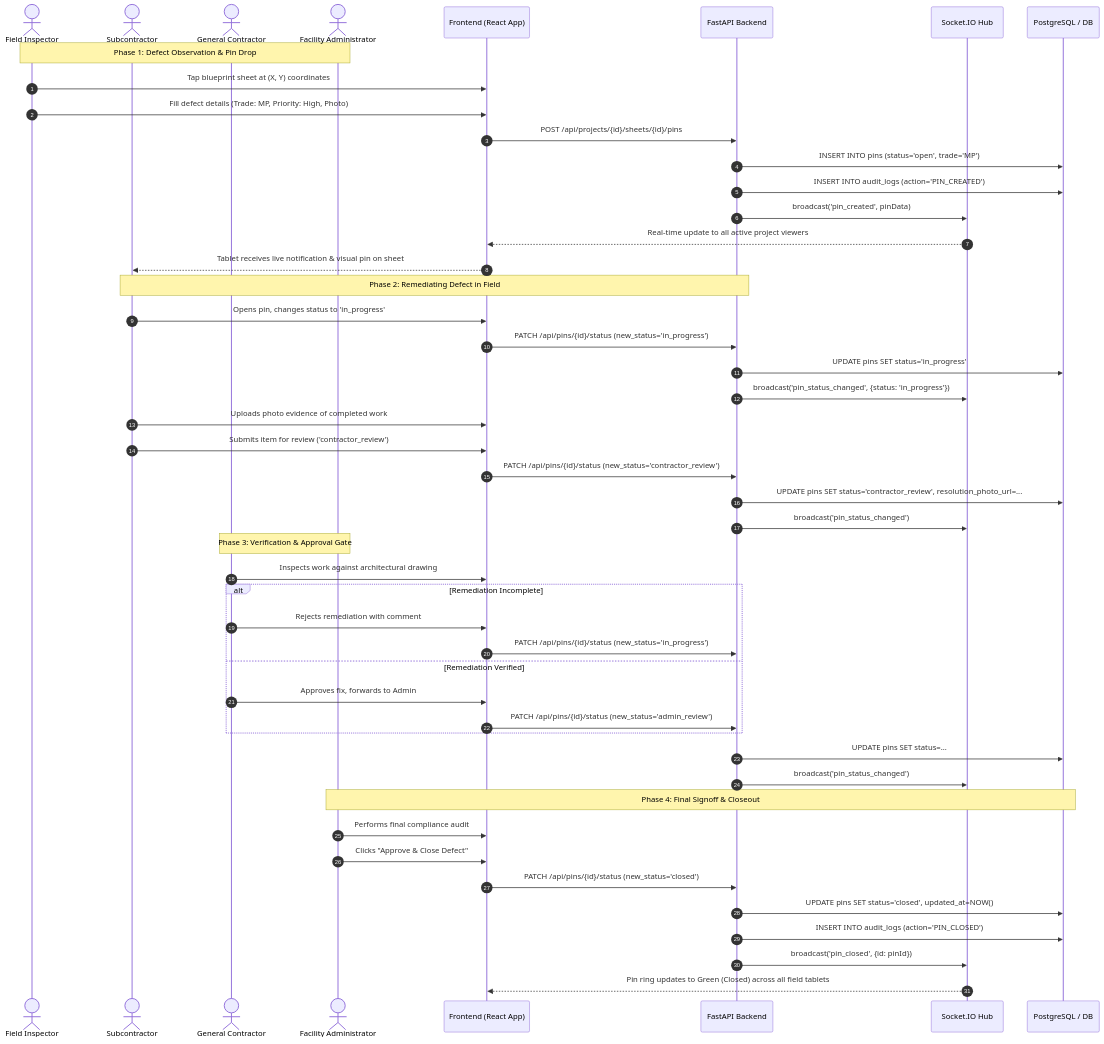
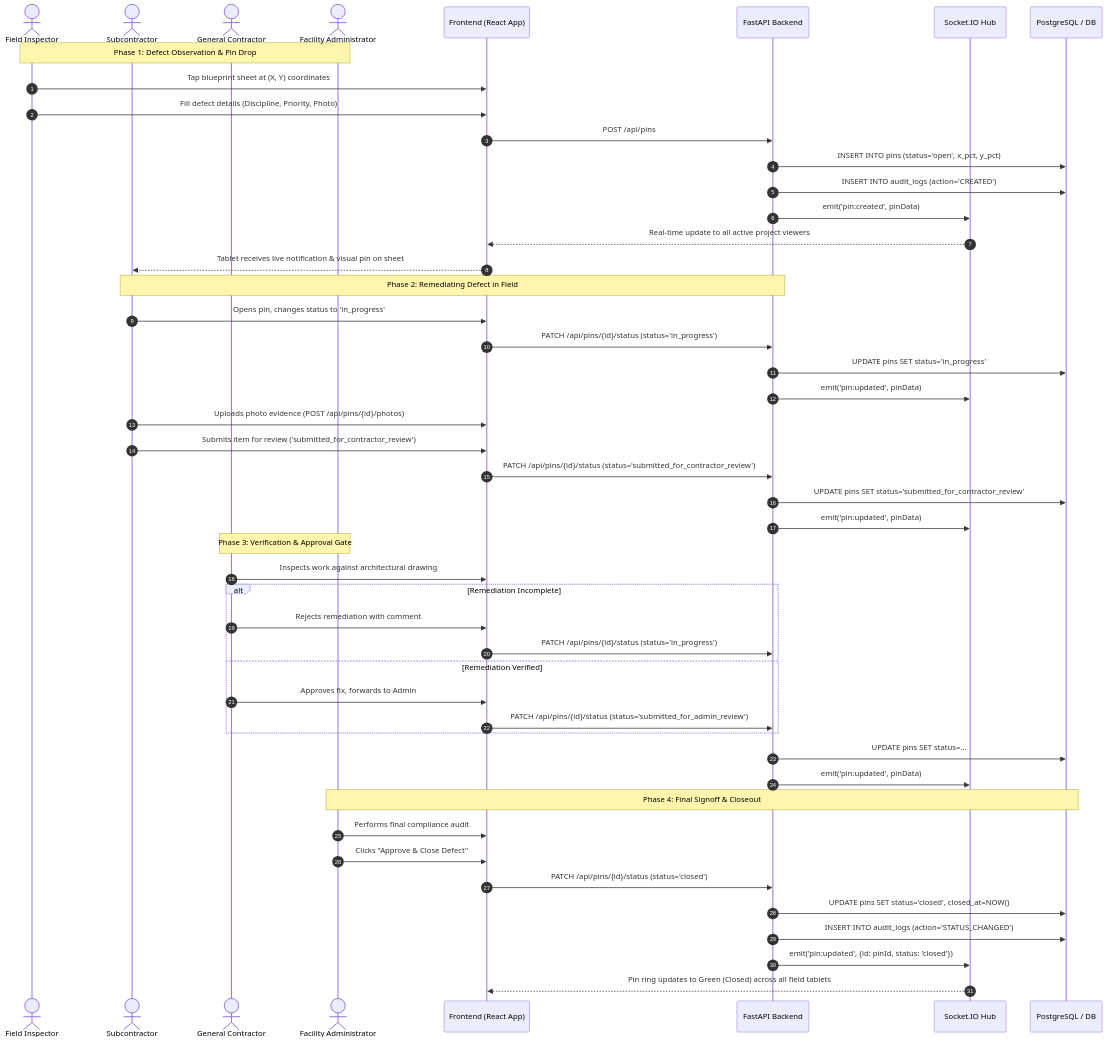
Before and after one commit to N-Rubiano/CMSC-447-Project: the second of 5 diagrams in README.md, drawn with Mermaid. The commit also changed other lines of this file and 1 other file, not shown here.

Commit message:
docs: align README.md ERD, diagrams, project structure, and 6-role RBAC matrix with database.py

````diff
--- a/README.md
+++ b/README.md
@@ -123,55 +124,55 @@
 ```mermaid
 sequenceDiagram
     autonumber
     actor Inspector as Field Inspector
     actor Sub as Subcontractor
     actor GC as General Contractor
     actor Admin as Facility Administrator
     participant FE as Frontend (React App)
     participant API as FastAPI Backend
     participant WS as Socket.IO Hub
     participant DB as PostgreSQL / DB
 
     Note over Inspector,Admin: Phase 1: Defect Observation & Pin Drop
     Inspector->>FE: Tap blueprint sheet at (X, Y) coordinates
-    Inspector->>FE: Fill defect details (Trade: MP, Priority: High, Photo)
-    FE->>API: POST /api/projects/{id}/sheets/{id}/pins
-    API->>DB: INSERT INTO pins (status='open', trade='MP')
-    API->>DB: INSERT INTO audit_logs (action='PIN_CREATED')
-    API->>WS: broadcast('pin_created', pinData)
+    Inspector->>FE: Fill defect details (Discipline, Priority, Photo)
+    FE->>API: POST /api/pins
+    API->>DB: INSERT INTO pins (status='open', x_pct, y_pct)
+    API->>DB: INSERT INTO audit_logs (action='CREATED')
+    API->>WS: emit('pin:created', pinData)
     WS-->>FE: Real-time update to all active project viewers
     FE-->>Sub: Tablet receives live notification & visual pin on sheet
 
     Note over Sub,API: Phase 2: Remediating Defect in Field
     Sub->>FE: Opens pin, changes status to 'in_progress'
-    FE->>API: PATCH /api/pins/{id}/status (new_status='in_progress')
+    FE->>API: PATCH /api/pins/{id}/status (status='in_progress')
     API->>DB: UPDATE pins SET status='in_progress'
-    API->>WS: broadcast('pin_status_changed', {status: 'in_progress'})
+    API->>WS: emit('pin:updated', pinData)
 
-    Sub->>FE: Uploads photo evidence of completed work
-    Sub->>FE: Submits item for review ('contractor_review')
-    FE->>API: PATCH /api/pins/{id}/status (new_status='contractor_review')
-    API->>DB: UPDATE pins SET status='contractor_review', resolution_photo_url=...
-    API->>WS: broadcast('pin_status_changed')
+    Sub->>FE: Uploads photo evidence (POST /api/pins/{id}/photos)
+    Sub->>FE: Submits item for review ('submitted_for_contractor_review')
+    FE->>API: PATCH /api/pins/{id}/status (status='submitted_for_contractor_review')
+    API->>DB: UPDATE pins SET status='submitted_for_contractor_review'
+    API->>WS: emit('pin:updated', pinData)
 
     Note over GC,Admin: Phase 3: Verification & Approval Gate
     GC->>FE: Inspects work against architectural drawing
     alt Remediation Incomplete
         GC->>FE: Rejects remediation with comment
-        FE->>API: PATCH /api/pins/{id}/status (new_status='in_progress')
+        FE->>API: PATCH /api/pins/{id}/status (status='in_progress')
     else Remediation Verified
         GC->>FE: Approves fix, forwards to Admin
-        FE->>API: PATCH /api/pins/{id}/status (new_status='admin_review')
+        FE->>API: PATCH /api/pins/{id}/status (status='submitted_for_admin_review')
     end
     API->>DB: UPDATE pins SET status=...
-    API->>WS: broadcast('pin_status_changed')
+    API->>WS: emit('pin:updated', pinData)
 
     Note over Admin,DB: Phase 4: Final Signoff & Closeout
     Admin->>FE: Performs final compliance audit
     Admin->>FE: Clicks "Approve & Close Defect"
-    FE->>API: PATCH /api/pins/{id}/status (new_status='closed')
-    API->>DB: UPDATE pins SET status='closed', updated_at=NOW()
-    API->>DB: INSERT INTO audit_logs (action='PIN_CLOSED')
-    API->>WS: broadcast('pin_closed', {id: pinId})
+    FE->>API: PATCH /api/pins/{id}/status (status='closed')
+    API->>DB: UPDATE pins SET status='closed', closed_at=NOW()
+    API->>DB: INSERT INTO audit_logs (action='STATUS_CHANGED')
+    API->>WS: emit('pin:updated', {id: pinId, status: 'closed'})
     WS-->>FE: Pin ring updates to Green (Closed) across all field tablets
 ```
````
